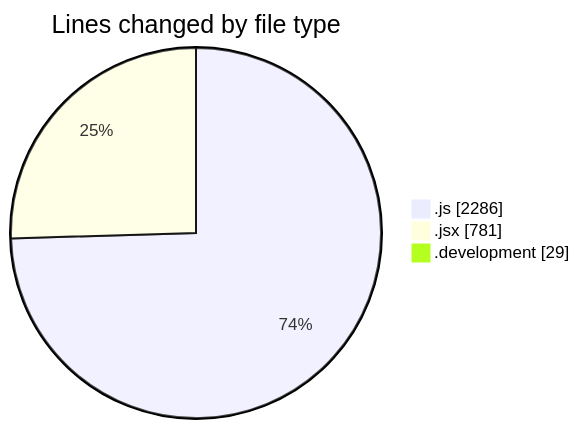
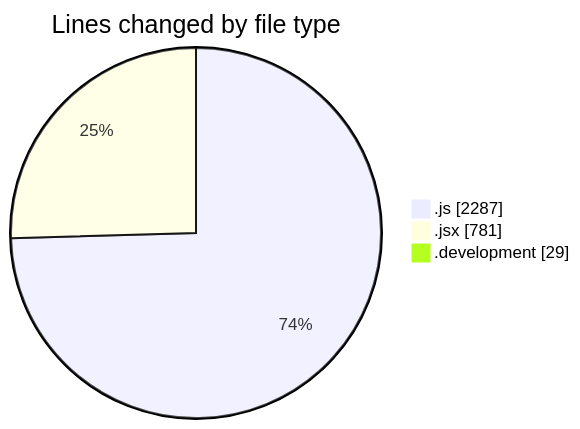
The first of 2 diagrams in 2025-09-11/nxtqube_webapp/README.md (nxtqubesakshisongat/code-tracking), drawn with Mermaid before and after one commit. The commit also changed other lines of this file and 1 other file, not shown here.

````diff
--- a/2025-09-11/nxtqube_webapp/README.md
+++ b/2025-09-11/nxtqube_webapp/README.md
@@ -28,7 +28,7 @@
 ```mermaid
 pie showData
 title Lines changed by file type
-".js" : 2286
+".js" : 2287
 ".jsx" : 781
 ".development" : 29
 ```
````
